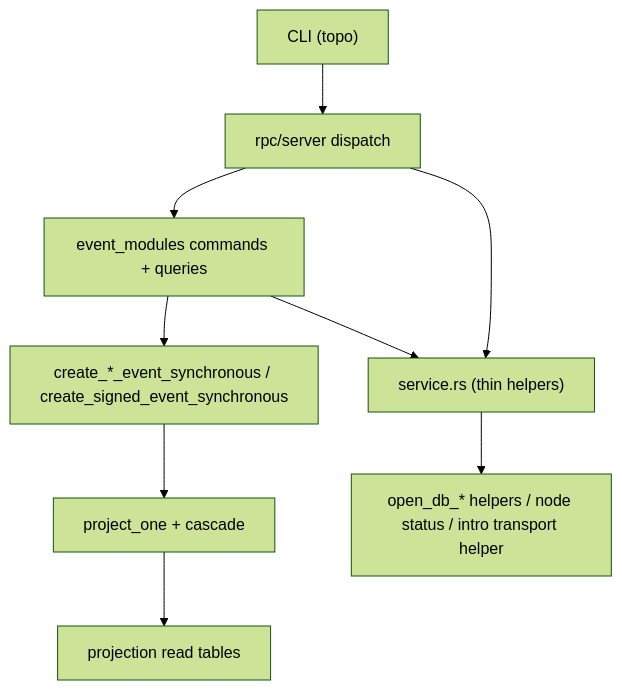
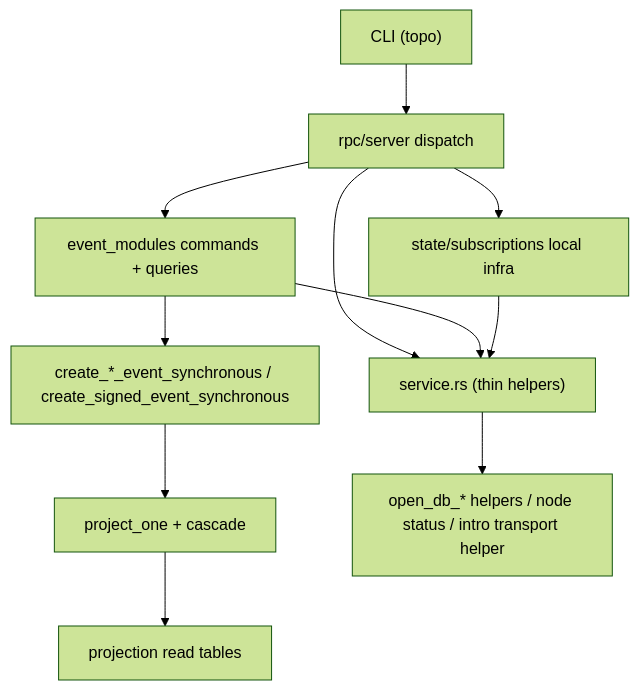
The first of 10 diagrams in docs/DESIGN_DIAGRAMS.md (holmesworcester/topo), drawn with Mermaid (forest theme) before and after one commit. The commit also changed other lines of this file and 16 other files, not shown here.

````diff
--- a/docs/DESIGN_DIAGRAMS.md
+++ b/docs/DESIGN_DIAGRAMS.md
@@ -23,13 +23,15 @@
 ```mermaid
 flowchart TD
     CLI["CLI (topo)"] --> RPC["rpc/server dispatch"]
     RPC --> EM["event_modules commands + queries"]
+    RPC --> SUB["state/subscriptions local infra"]
     RPC --> SVC["service.rs (thin helpers)"]
 
     EM --> SVC
     EM --> CREATE["create_*_event_synchronous / create_signed_event_synchronous"]
+    SUB --> SVC
     CREATE --> PROJ["project_one + cascade"]
     PROJ --> READS["projection read tables"]
 
     SVC --> INFRA["open_db_* helpers / node status / intro transport helper"]
 ```
````
